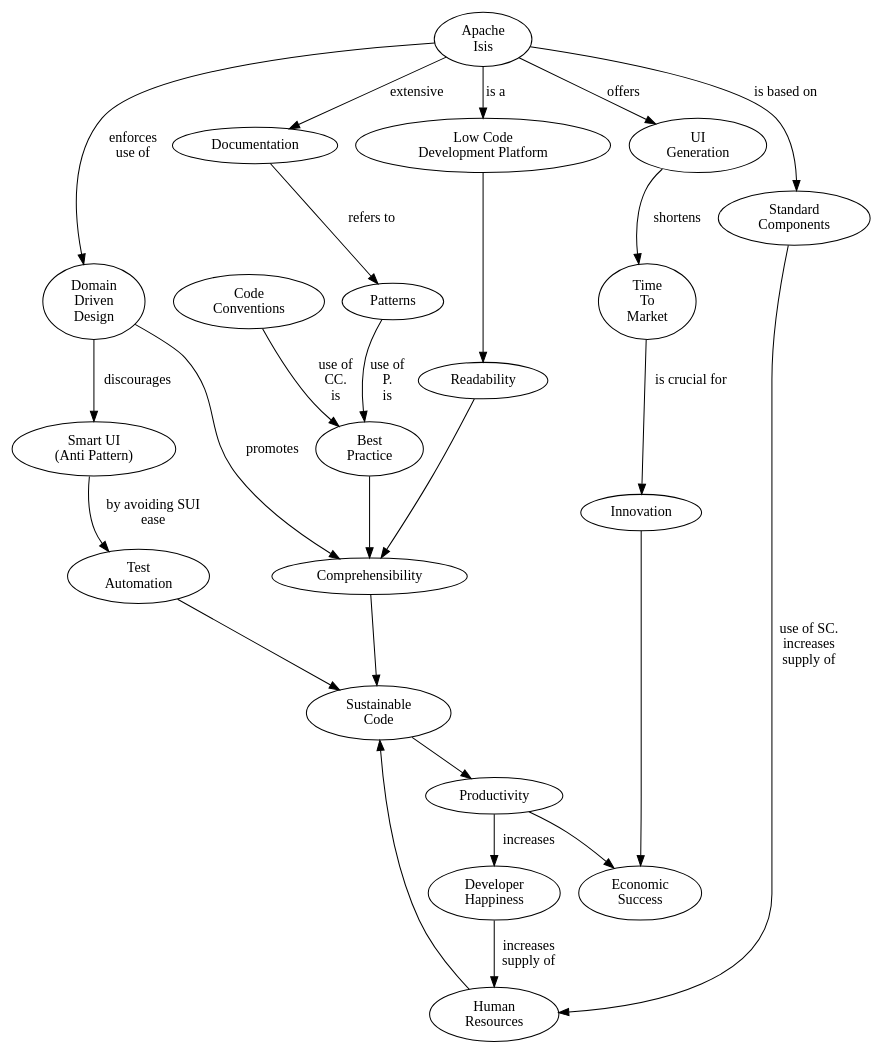
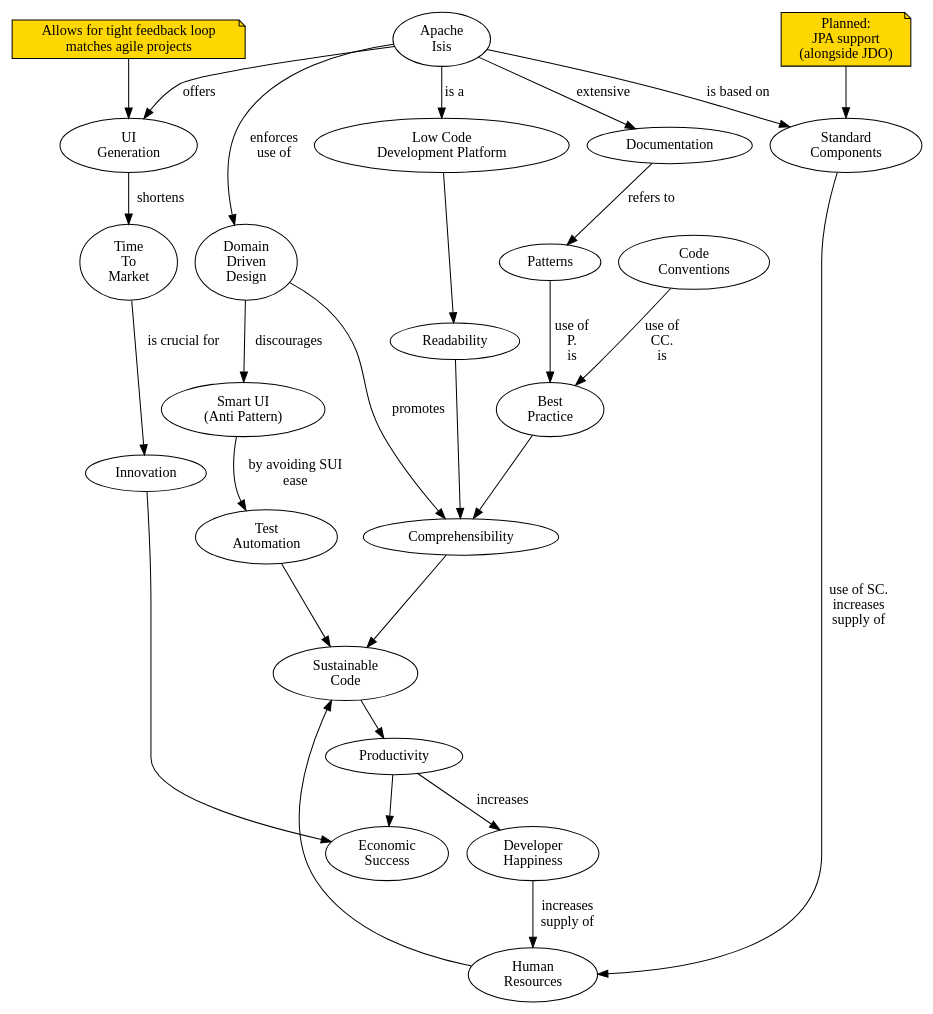
The diagram in sellingPoints.adoc (joerg-rade/dddsample-isis), drawn with Graphviz before and after one commit. The commit also changed 2 other files, not shown here.

Commit message:
comments added

```diff
--- a/sellingPoints.adoc
+++ b/sellingPoints.adoc
@@ -2,50 +2,54 @@
 [graphviz, dot-example, svg]
 ----
 digraph g {
     r [label="Readability"]
     c [label="Comprehensibility"]
     bp [label="Best\nPractice"]
     p [label="Patterns"]
     p -> bp [label="use of\nP.\nis"]
     cc [label="Code\nConventions"]
     cc -> bp [label="use of\nCC.\nis"]
     bp -> c 
     r -> c 
     sc [label="Sustainable\nCode"]
     c -> sc
     lc [label="Low Code\nDevelopment Platform"    URL="https://en.wikipedia.org/wiki/Low-code_development_platforms"]
     lc -> r
     ttm [label="Time\nTo\nMarket"]
     pdc [label="Productivity"]
     uig [label="UI\nGeneration"]
     sc -> pdc 
     ai [label="Apache\nIsis"]
     ai -> lc [label="is a"]
     ai -> uig [label="offers"]
     hr [label="Human\nResources"]
     hr -> sc
     uig -> ttm [label="shortens"]
     ddd [label="Domain\nDriven\nDesign"]
     ai -> ddd [label="enforces\nuse of"]
     ddd -> c [label="promotes"]
     i [label="Innovation"]
     ttm -> i [label="is crucial for"]
     es [label="Economic\nSuccess"]
     i -> es [label=""]
     pdc -> es
     std [label="Standard\nComponents"]
     ai -> std [label="is based on"]
     std -> hr [label="use of SC.\nincreases\nsupply of"]
     dh [label="Developer\nHappiness"]
     pdc -> dh [label="increases"]
     dh -> hr [label="increases\nsupply of"]
     sui [label="Smart UI\n(Anti Pattern)" URL="https://de.wikipedia.org/wiki/Smart_UI"]
     ddd -> sui [label="discourages"]
     ta [label="Test\nAutomation"]
     sui -> ta [label="by avoiding SUI\nease"]
     ta -> sc 
     doc [label="Documentation"]
     ai -> doc [label="extensive"]
     doc -> p [label="refers to"]
+    std_note [shape=note label="Planned:\nJPA support\n(alongside JDO)" fillcolor=gold style=filled]
+    std_note -> std 
+    uig_note [shape=note fillcolor=gold style=filled label="Allows for tight feedback loop\nmatches agile projects"]
+    uig_note -> uig
 }
 ----
```
